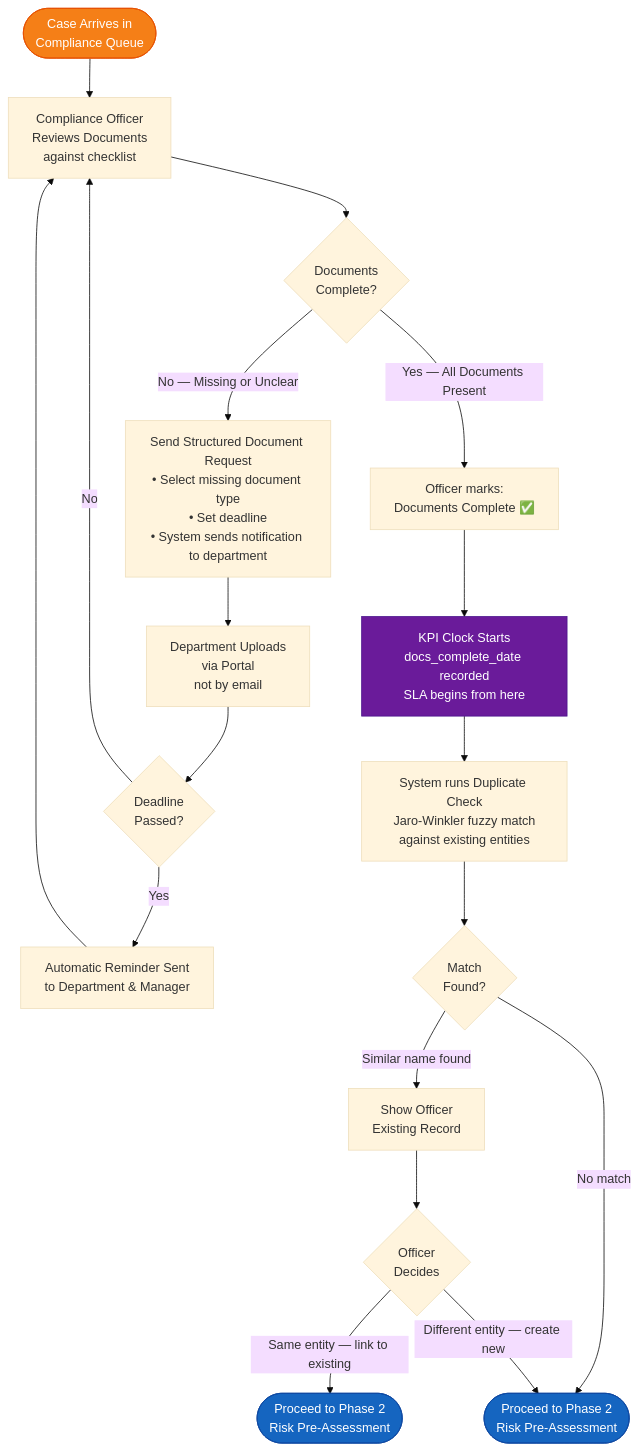
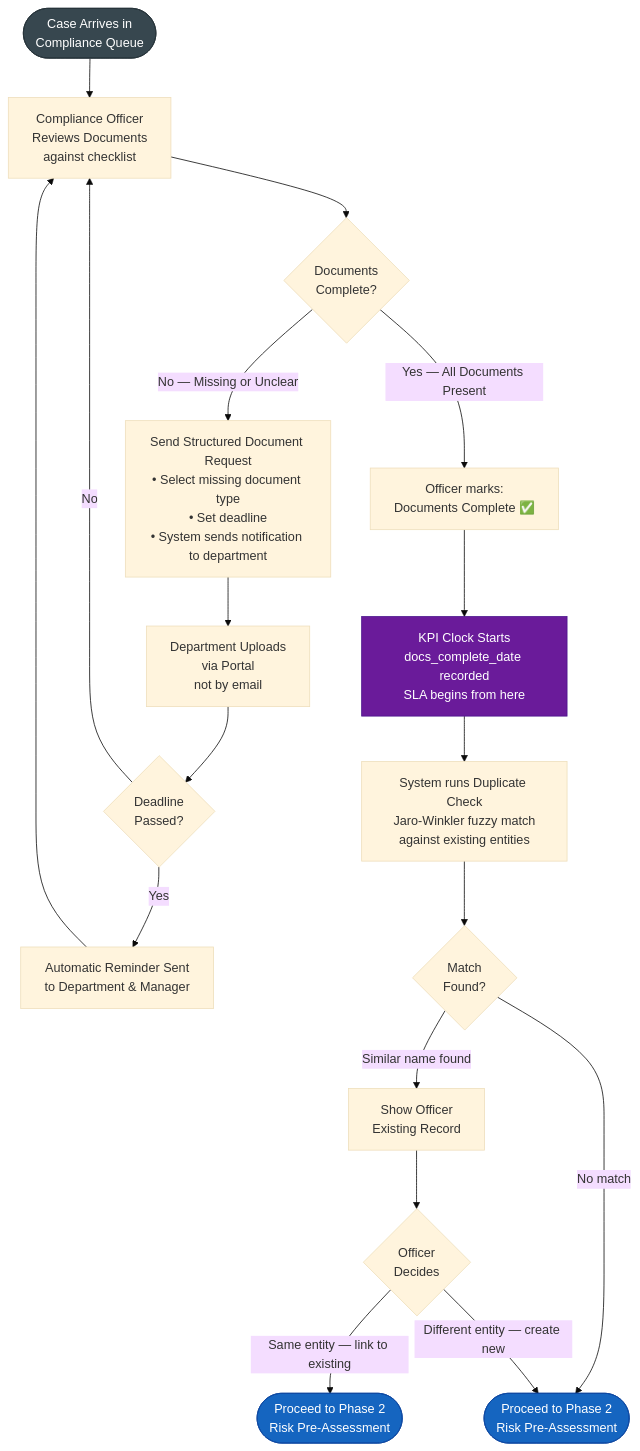
One commit to mazharr-hussain/KycReport changed the second of 2 diagrams in docs/diagrams/intake-flow.md. Above: the diagram before and after it, drawn with Mermaid (base theme). The commit also changed other lines of this file and 7 other files, not shown here.

First line of the commit message:
Fix low-contrast diagram colours — replace amber with dark slate

````diff
--- a/docs/diagrams/intake-flow.md
+++ b/docs/diagrams/intake-flow.md
@@ -41,44 +41,44 @@
 ```mermaid
 flowchart TD
     CASE([Case Arrives in\nCompliance Queue]) --> OFFICER
 
     OFFICER[Compliance Officer\nReviews Documents\nagainst checklist]
 
     OFFICER --> CHECK{Documents\nComplete?}
 
     CHECK -->|No — Missing or Unclear| RFQ
     CHECK -->|Yes — All Documents Present| CONFIRM
 
     RFQ[Send Structured Document Request\n• Select missing document type\n• Set deadline\n• System sends notification to department]
 
     RFQ --> DEPT_UPLOAD[Department Uploads\nvia Portal\nnot by email]
 
     DEPT_UPLOAD --> AUTO_REMIND{Deadline\nPassed?}
     AUTO_REMIND -->|Yes| REMINDER[Automatic Reminder Sent\nto Department & Manager]
     AUTO_REMIND -->|No| OFFICER
 
     REMINDER --> OFFICER
 
     CONFIRM[Officer marks:\nDocuments Complete ✅]
     CONFIRM --> KPI_START[KPI Clock Starts\ndocs_complete_date recorded\nSLA begins from here]
 
     KPI_START --> DUP_CHECK
 
     DUP_CHECK[System runs Duplicate Check\nJaro-Winkler fuzzy match\nagainst existing entities]
 
     DUP_CHECK --> DUP{Match\nFound?}
     DUP -->|Similar name found| SHOW_MATCH[Show Officer\nExisting Record]
     DUP -->|No match| CREATE_ENTITY
 
     SHOW_MATCH --> OFFICER_DECIDE{Officer\nDecides}
     OFFICER_DECIDE -->|Same entity — link to existing| LINK[Link to Existing Entity\nNo duplicate created]
     OFFICER_DECIDE -->|Different entity — create new| CREATE_ENTITY
 
     CREATE_ENTITY([Proceed to Phase 2\nRisk Pre-Assessment])
     LINK([Proceed to Phase 2\nRisk Pre-Assessment])
 
-    style CASE fill:#F57F17,color:#fff,stroke:#E65100
+    style CASE fill:#37474F,color:#fff,stroke:#263238
     style KPI_START fill:#6A1B9A,color:#fff,stroke:#4A148C
     style CREATE_ENTITY fill:#1565C0,color:#fff,stroke:#0D47A1
     style LINK fill:#1565C0,color:#fff,stroke:#0D47A1
 ```
````
